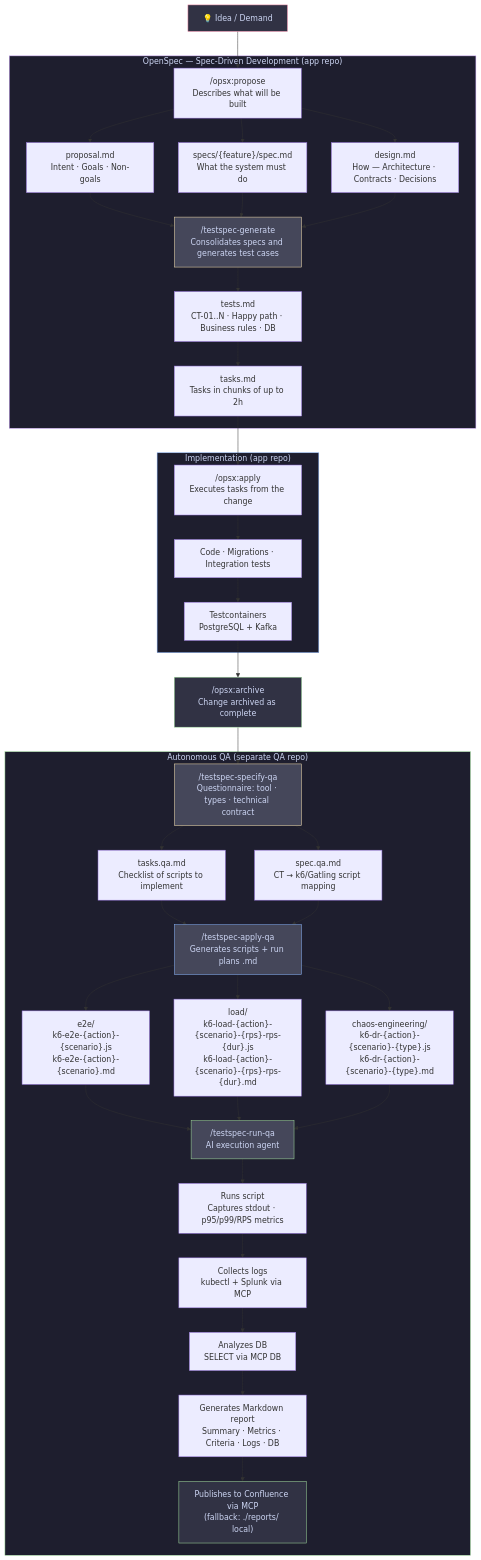
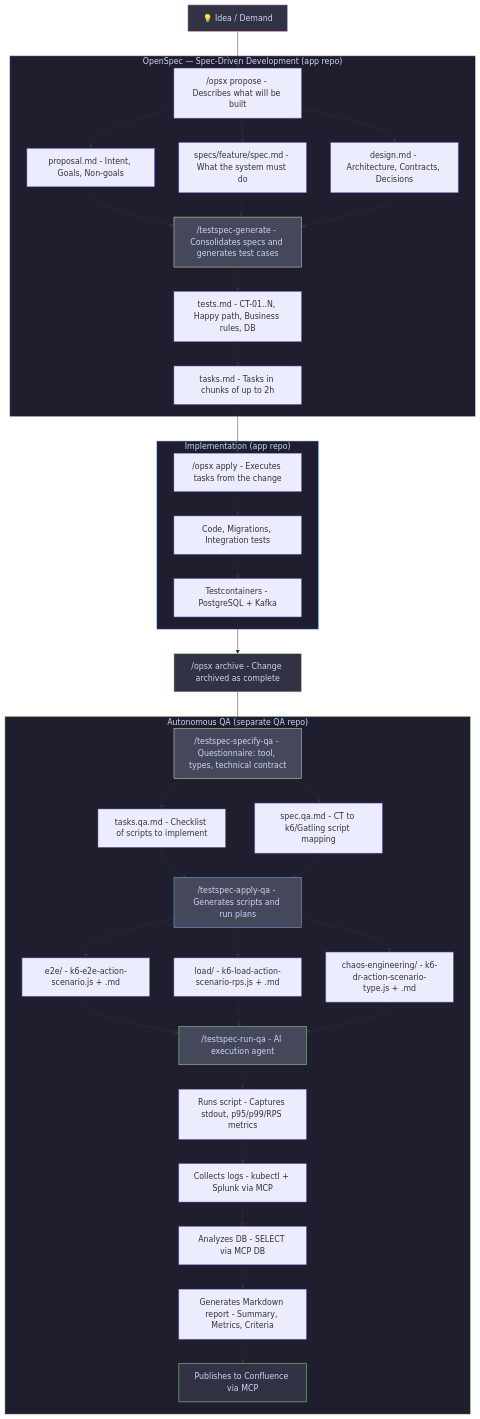
Before and after one commit to analizza-ai/testspec: the diagram in README.md, drawn with Mermaid.

Commit message:
fix: sanitize mermaid diagram syntax for GitHub rendering
Remove colons, curly braces and middle dots from node labels — these
characters cause 'Cannot read properties of undefined' on GitHub's
mermaid parser.

````diff
--- a/README.md
+++ b/README.md
@@ -41,71 +41,71 @@
 ```mermaid
 flowchart TD
     IDEA["💡 Idea / Demand"]
 
     IDEA --> PROPOSE
 
     subgraph OPENSPEC["OpenSpec — Spec-Driven Development (app repo)"]
-        PROPOSE["/opsx:propose\nDescribes what will be built"]
+        PROPOSE["/opsx propose - Describes what will be built"]
 
-        PROPOSE --> PROPOSAL["proposal.md\nIntent · Goals · Non-goals"]
-        PROPOSE --> SPECS["specs/{feature}/spec.md\nWhat the system must do"]
-        PROPOSE --> DESIGN["design.md\nHow — Architecture · Contracts · Decisions"]
+        PROPOSE --> PROPOSAL["proposal.md - Intent, Goals, Non-goals"]
+        PROPOSE --> SPECS["specs/feature/spec.md - What the system must do"]
+        PROPOSE --> DESIGN["design.md - Architecture, Contracts, Decisions"]
 
         PROPOSAL --> TESTS_CMD
         SPECS    --> TESTS_CMD
         DESIGN   --> TESTS_CMD
 
-        TESTS_CMD["/testspec-generate\nConsolidates specs and generates test cases"]
-        TESTS_CMD --> TESTS_MD["tests.md\nCT-01..N · Happy path · Business rules · DB"]
+        TESTS_CMD["/testspec-generate - Consolidates specs and generates test cases"]
+        TESTS_CMD --> TESTS_MD["tests.md - CT-01..N, Happy path, Business rules, DB"]
 
-        TESTS_MD --> TASKS["tasks.md\nTasks in chunks of up to 2h"]
+        TESTS_MD --> TASKS["tasks.md - Tasks in chunks of up to 2h"]
     end
 
     TASKS --> APPLY
 
     subgraph IMPL["Implementation (app repo)"]
-        APPLY["/opsx:apply\nExecutes tasks from the change"]
-        APPLY --> CODE["Code · Migrations · Integration tests"]
-        CODE --> VERIFY["Testcontainers\nPostgreSQL + Kafka"]
+        APPLY["/opsx apply - Executes tasks from the change"]
+        APPLY --> CODE["Code, Migrations, Integration tests"]
+        CODE --> VERIFY["Testcontainers - PostgreSQL + Kafka"]
     end
 
-    VERIFY --> ARCHIVE["/opsx:archive\nChange archived as complete"]
+    VERIFY --> ARCHIVE["/opsx archive - Change archived as complete"]
 
     ARCHIVE --> SPECIFY_QA
 
     subgraph QA["Autonomous QA (separate QA repo)"]
-        SPECIFY_QA["/testspec-specify-qa\nQuestionnaire: tool · types · technical contract"]
-        SPECIFY_QA --> SPEC_MD["spec.qa.md\nCT → k6/Gatling script mapping"]
-        SPECIFY_QA --> TASKS_MD["tasks.qa.md\nChecklist of scripts to implement"]
+        SPECIFY_QA["/testspec-specify-qa - Questionnaire: tool, types, technical contract"]
+        SPECIFY_QA --> SPEC_MD["spec.qa.md - CT to k6/Gatling script mapping"]
+        SPECIFY_QA --> TASKS_MD["tasks.qa.md - Checklist of scripts to implement"]
 
         TASKS_MD --> APPLY_QA
         SPEC_MD  --> APPLY_QA
 
-        APPLY_QA["/testspec-apply-qa\nGenerates scripts + run plans .md"]
-        APPLY_QA --> E2E["e2e/\nk6-e2e-{action}-{scenario}.js\nk6-e2e-{action}-{scenario}.md"]
-        APPLY_QA --> LOAD["load/\nk6-load-{action}-{scenario}-{rps}-rps-{dur}.js\nk6-load-{action}-{scenario}-{rps}-rps-{dur}.md"]
-        APPLY_QA --> CHAOS["chaos-engineering/\nk6-dr-{action}-{scenario}-{type}.js\nk6-dr-{action}-{scenario}-{type}.md"]
+        APPLY_QA["/testspec-apply-qa - Generates scripts and run plans"]
+        APPLY_QA --> E2E["e2e/ - k6-e2e-action-scenario.js + .md"]
+        APPLY_QA --> LOAD["load/ - k6-load-action-scenario-rps.js + .md"]
+        APPLY_QA --> CHAOS["chaos-engineering/ - k6-dr-action-scenario-type.js + .md"]
 
         E2E   --> RUN_QA
         LOAD  --> RUN_QA
         CHAOS --> RUN_QA
 
-        RUN_QA["/testspec-run-qa\nAI execution agent"]
-        RUN_QA --> EXEC["Runs script\nCaptures stdout · p95/p99/RPS metrics"]
-        EXEC   --> LOGS["Collects logs\nkubectl + Splunk via MCP"]
-        LOGS   --> DB["Analyzes DB\nSELECT via MCP DB"]
-        DB     --> REPORT["Generates Markdown report\nSummary · Metrics · Criteria · Logs · DB"]
-        REPORT --> CONFLUENCE["Publishes to Confluence via MCP\n(fallback: ./reports/ local)"]
+        RUN_QA["/testspec-run-qa - AI execution agent"]
+        RUN_QA --> EXEC["Runs script - Captures stdout, p95/p99/RPS metrics"]
+        EXEC   --> LOGS["Collects logs - kubectl + Splunk via MCP"]
+        LOGS   --> DB["Analyzes DB - SELECT via MCP DB"]
+        DB     --> REPORT["Generates Markdown report - Summary, Metrics, Criteria"]
+        REPORT --> CONFLUENCE["Publishes to Confluence via MCP"]
     end
 
     style OPENSPEC     fill:#1e1e2e,stroke:#cba6f7,color:#cdd6f4
     style IMPL         fill:#1e1e2e,stroke:#89b4fa,color:#cdd6f4
     style QA           fill:#1e1e2e,stroke:#a6e3a1,color:#cdd6f4
     style IDEA         fill:#313244,stroke:#f38ba8,color:#cdd6f4
     style ARCHIVE      fill:#313244,stroke:#a6e3a1,color:#cdd6f4
     style TESTS_CMD    fill:#45475a,stroke:#f9e2af,color:#cdd6f4
     style SPECIFY_QA   fill:#45475a,stroke:#f9e2af,color:#cdd6f4
     style APPLY_QA     fill:#45475a,stroke:#89b4fa,color:#cdd6f4
     style RUN_QA       fill:#45475a,stroke:#a6e3a1,color:#cdd6f4
     style CONFLUENCE   fill:#313244,stroke:#a6e3a1,color:#cdd6f4
 ```
````
